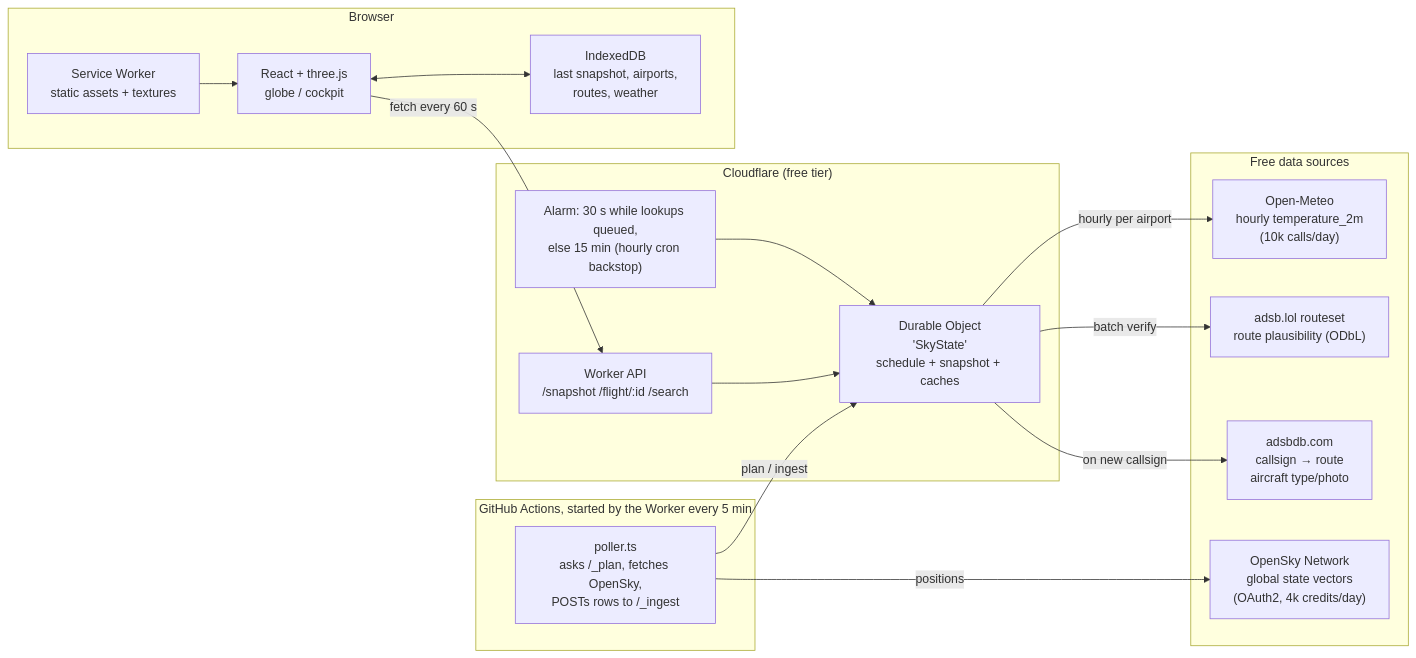
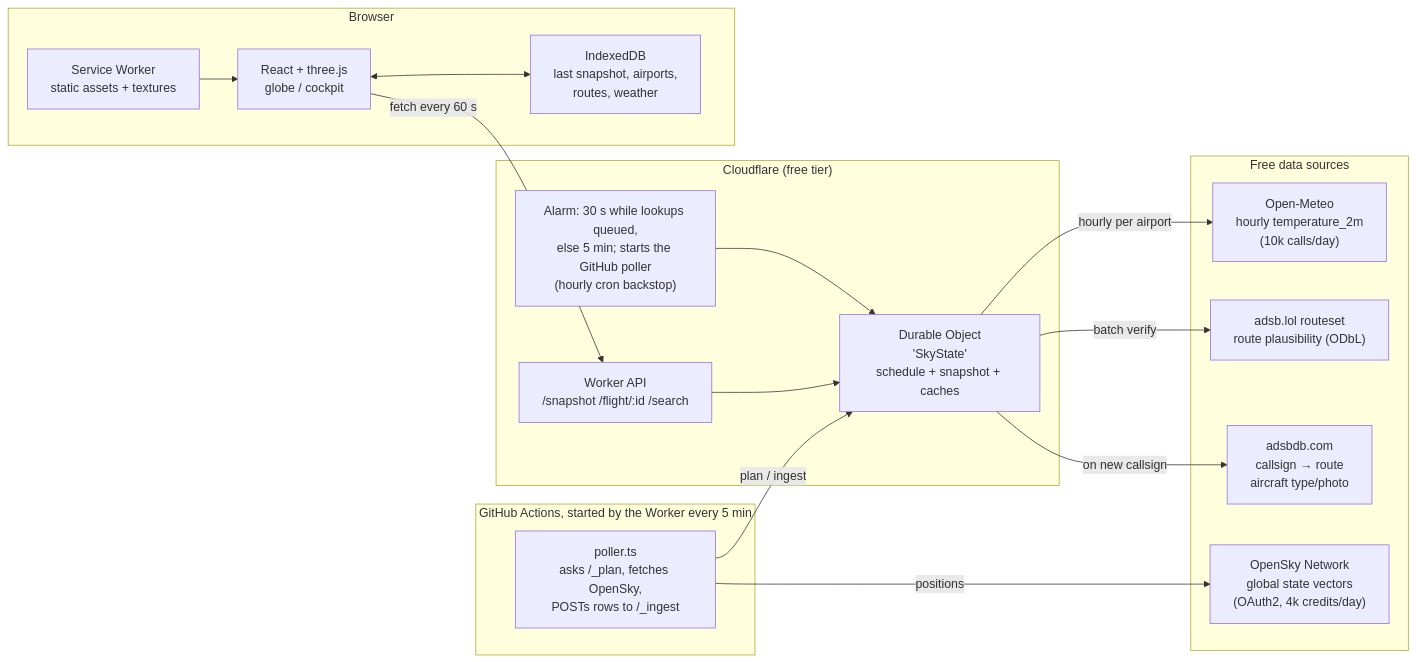
Before and after one commit to brandonIsTall/flightflux: the first of 5 diagrams in docs/PLAN.md, drawn with Mermaid. The commit also changed other lines of this file and 9 other files, not shown here.

First line of the commit message:
Start the GitHub poller from the Durable Object's alarm

````diff
--- a/docs/PLAN.md
+++ b/docs/PLAN.md
@@ -38,36 +38,36 @@
 ```mermaid
 flowchart LR
   subgraph Sources["Free data sources"]
     OS["OpenSky Network<br/>global state vectors<br/>(OAuth2, 4k credits/day)"]
     DB["adsbdb.com<br/>callsign → route<br/>aircraft type/photo"]
     LOL["adsb.lol routeset<br/>route plausibility (ODbL)"]
     OM["Open-Meteo<br/>hourly temperature_2m<br/>(10k calls/day)"]
   end
 
   subgraph Poller["GitHub Actions, started by the Worker every 5 min"]
     GH["poller.ts<br/>asks /_plan, fetches OpenSky,<br/>POSTs rows to /_ingest"]
   end
 
   subgraph Edge["Cloudflare (free tier)"]
-    CRON["Alarm: 30 s while lookups queued,<br/>else 15 min (hourly cron backstop)"]
+    CRON["Alarm: 30 s while lookups queued,<br/>else 5 min; starts the GitHub poller<br/>(hourly cron backstop)"]
     DO["Durable Object<br/>'SkyState'<br/>schedule + snapshot + caches"]
     API["Worker API<br/>/snapshot  /flight/:id  /search"]
   end
 
   subgraph Client["Browser"]
     SW["Service Worker<br/>static assets + textures"]
     IDB["IndexedDB<br/>last snapshot, airports,<br/>routes, weather"]
     APP["React + three.js<br/>globe / cockpit"]
   end
 
   CRON --> DO
   GH -- positions --> OS
   GH -- plan / ingest --> DO
   DO -- on new callsign --> DB
   DO -- batch verify --> LOL
   DO -- hourly per airport --> OM
   API --> DO
   APP -- fetch every 60 s --> API
   APP <--> IDB
   SW --> APP
 ```
````
